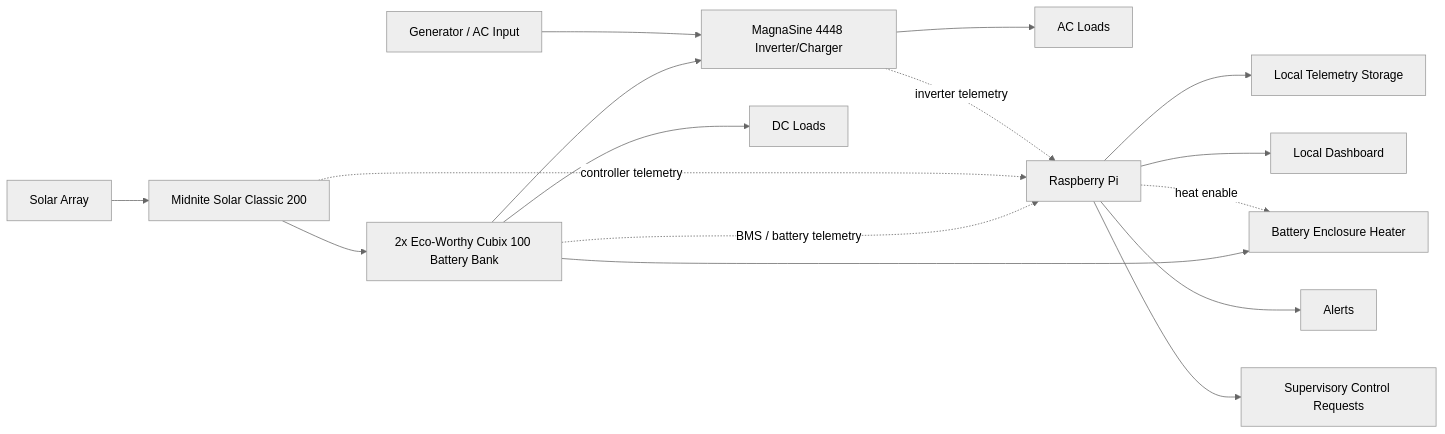
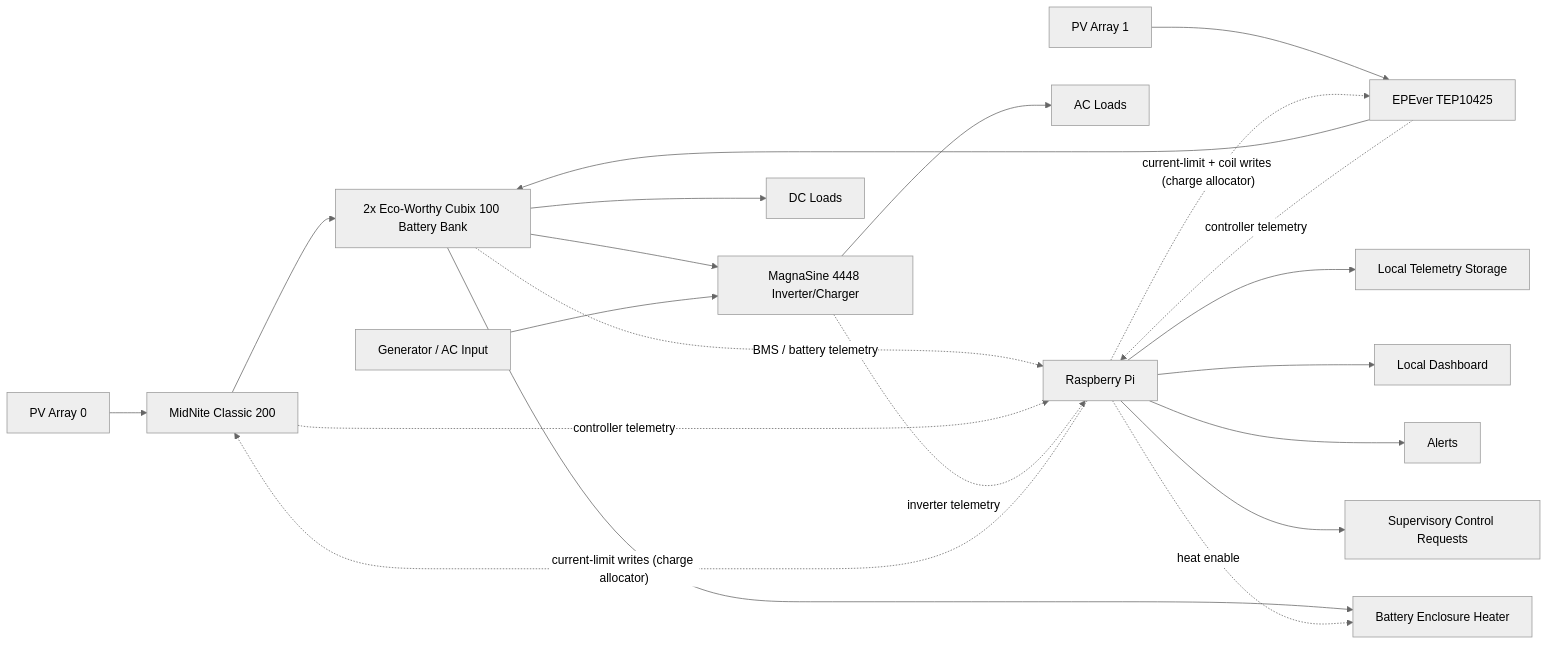
Before and after one commit to finitor/power-system: the diagram in docs/architecture.md, drawn with Mermaid (neutral theme). The commit also changed other lines of this file and 7 other files, not shown here.

First line of the commit message:
Docs: retire stale narrative around EPEver, charge allocator, Victron

````diff
--- a/docs/architecture.md
+++ b/docs/architecture.md
@@ -15,18 +15,23 @@
 ```mermaid
 flowchart LR
-  Solar[Solar Array] --> Charge[Charge Controller]
-  Charge[Midnite Solar Classic 200] --> Battery[2x Eco-Worthy Cubix 100 Battery Bank]
+  Solar0[PV Array 0] --> Classic[MidNite Classic 200]
+  Solar1[PV Array 1] --> Epever[EPEver TEP10425]
+  Classic --> Battery[2x Eco-Worthy Cubix 100 Battery Bank]
+  Epever --> Battery
   Battery --> Inverter[MagnaSine 4448 Inverter/Charger]
   Battery --> Heater[Battery Enclosure Heater]
   Inverter --> ACLoads[AC Loads]
   Battery --> DCLoads[DC Loads]
   Generator[Generator / AC Input] --> Inverter
   Battery -. BMS / battery telemetry .-> Pi[Raspberry Pi]
-  Charge -. controller telemetry .-> Pi
+  Classic -. controller telemetry .-> Pi
+  Epever -. controller telemetry .-> Pi
   Inverter -. inverter telemetry .-> Pi
+  Pi -. current-limit writes (charge allocator) .-> Classic
+  Pi -. current-limit + coil writes (charge allocator) .-> Epever
   Pi --> Telemetry[Local Telemetry Storage]
   Pi --> Dashboard[Local Dashboard]
   Pi --> Alerts[Alerts]
   Pi --> Control[Supervisory Control Requests]
   Pi -. heat enable .-> Heater
 ```
````
